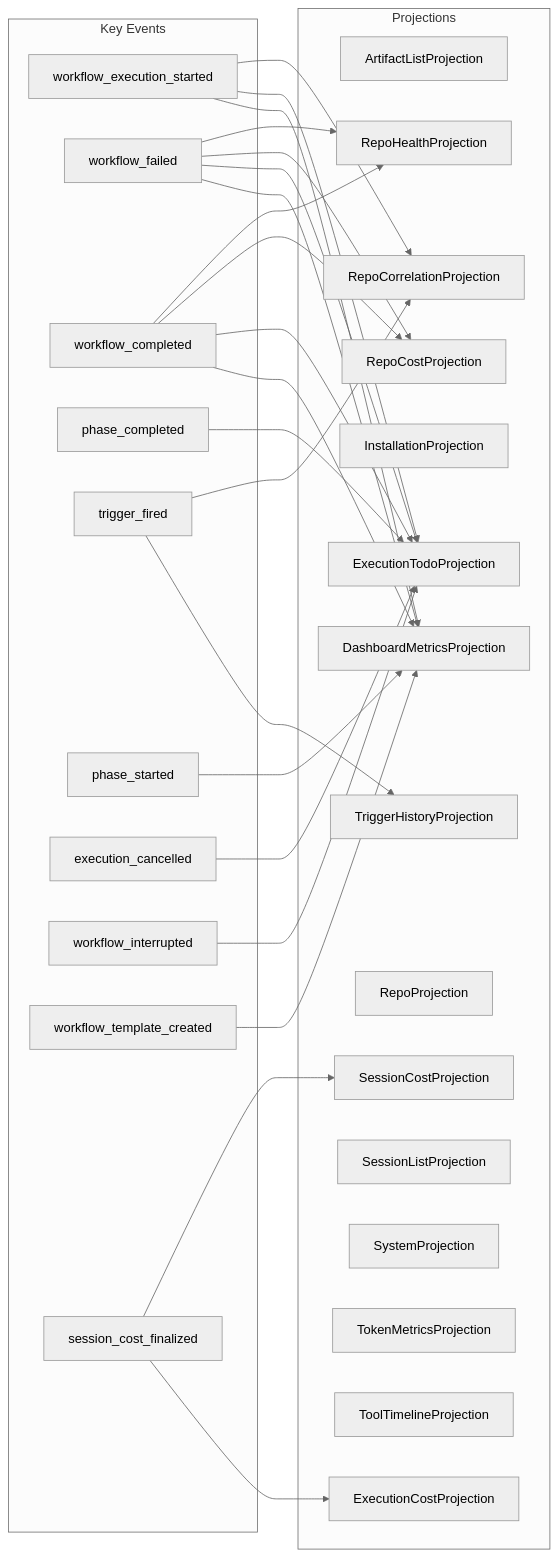
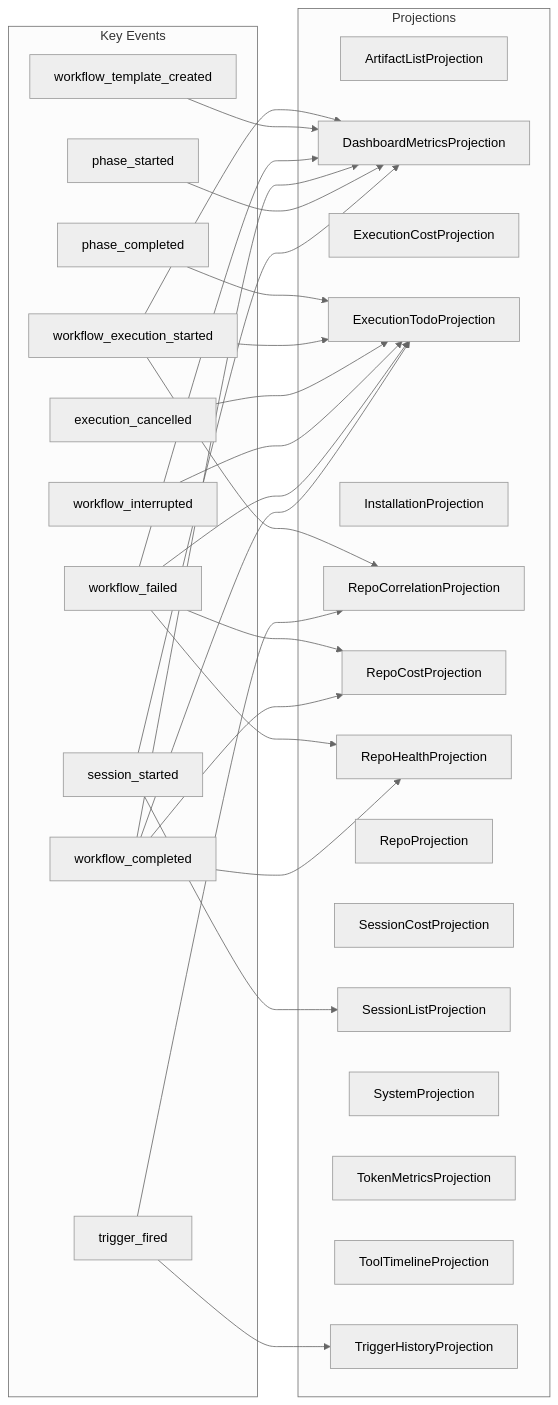
The diagram in docs/architecture/projection-subscriptions.md (syntropic137/syntropic137), drawn with Mermaid (neutral theme) before and after one commit. The commit also changed other lines of this file and 65 other files, not shown here.

````diff
--- a/docs/architecture/projection-subscriptions.md
+++ b/docs/architecture/projection-subscriptions.md
@@ -15,54 +15,54 @@
 ```mermaid
 graph LR
     subgraph events["Key Events"]
         e1[workflow_execution_started]
-        e2[workflow_failed]
-        e3[workflow_completed]
+        e2[workflow_completed]
+        e3[workflow_failed]
         e4[phase_completed]
-        e5[trigger_fired]
-        e6[phase_started]
-        e7[execution_cancelled]
+        e5[phase_started]
+        e6[trigger_fired]
+        e7[workflow_template_created]
         e8[workflow_interrupted]
-        e9[workflow_template_created]
-        e10[session_cost_finalized]
+        e9[execution_cancelled]
+        e10[session_started]
     end
 
     subgraph projections["Projections"]
         p1[ArtifactListProjection]
         p2[DashboardMetricsProjection]
         p3[ExecutionCostProjection]
         p4[ExecutionTodoProjection]
         p5[InstallationProjection]
         p6[RepoCorrelationProjection]
         p7[RepoCostProjection]
         p8[RepoHealthProjection]
         p9[RepoProjection]
         p10[SessionCostProjection]
         p11[SessionListProjection]
         p12[SystemProjection]
         p13[TokenMetricsProjection]
         p14[ToolTimelineProjection]
         p15[TriggerHistoryProjection]
     end
 
-    e5 --> p6
-    e5 --> p15
-    e6 --> p2
-    e7 --> p4
-    e10 --> p10
-    e10 --> p3
+    e10 --> p11
+    e10 --> p2
+    e5 --> p2
+    e6 --> p6
+    e6 --> p15
     e2 --> p8
     e2 --> p7
     e2 --> p4
     e2 --> p2
     e3 --> p8
     e3 --> p7
     e3 --> p4
     e3 --> p2
+    e7 --> p2
+    e8 --> p4
+    e9 --> p4
     e1 --> p6
     e1 --> p4
     e1 --> p2
     e4 --> p4
-    e8 --> p4
-    e9 --> p2
 ```
````
